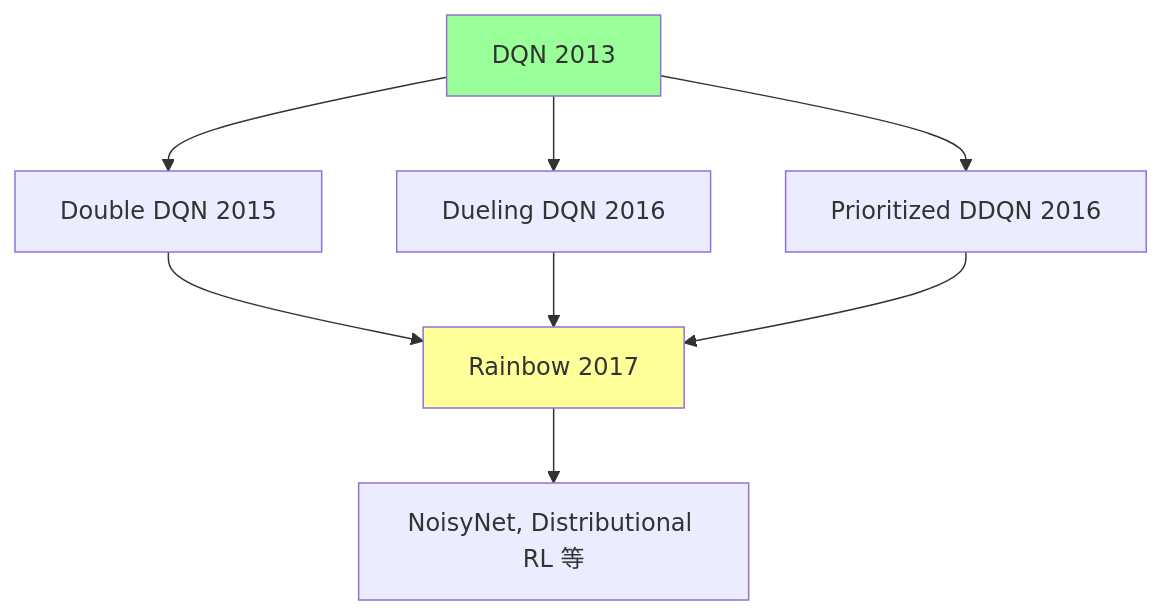
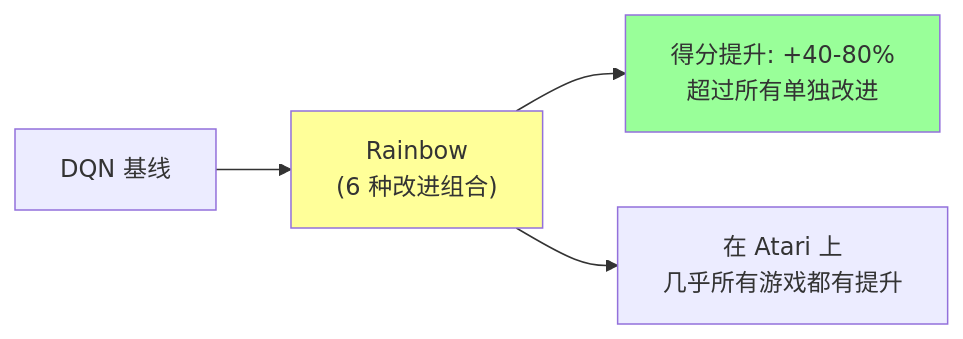
One commit to CloudManHQ/CloudMaster changed diagram 17 of 21 in 论文精读/RL/DQN_Deep_Dive.md. Above: the diagram before and after it, drawn with Mermaid. The commit also changed other lines of this file and 19408 other files, not shown here.

````diff
--- a/论文精读/RL/DQN_Deep_Dive.md
+++ b/论文精读/RL/DQN_Deep_Dive.md
@@ -237,13 +812,10 @@
 ```mermaid
-flowchart TB
-    A[DQN 2013] --> B[Double DQN 2015]
-    A --> C[Dueling DQN 2016]
-    A --> D[Prioritized DDQN 2016]
-    B --> E[Rainbow 2017]
-    C --> E
-    D --> E
-    E --> F[NoisyNet, Distributional RL 等]
+flowchart LR
+    A["DQN 基线"] --> B["Rainbow<br/>(6 种改进组合)"]
 
-    style A fill:#9f9
-    style E fill:#ff9
+    B --> C["得分提升: +40-80%<br/>超过所有单独改进"]
+    B --> D["在 Atari 上<br/>几乎所有游戏都有提升"]
+
+    style B fill:#ff9
+    style C fill:#9f9
 ```
````
